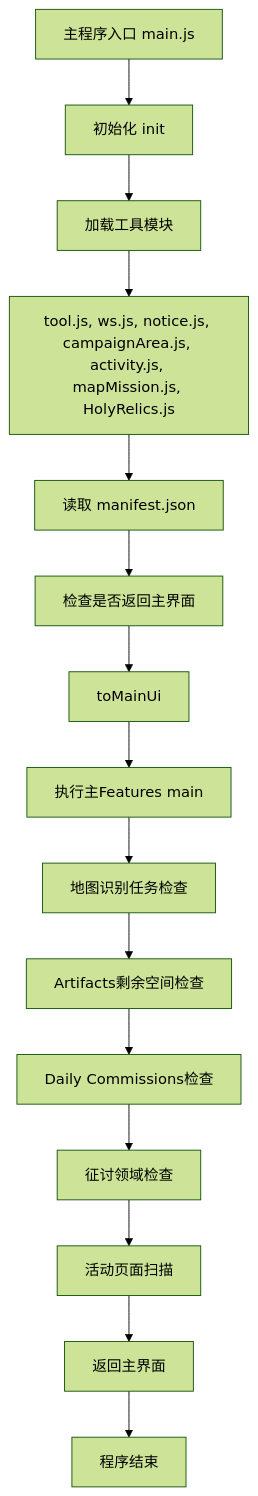
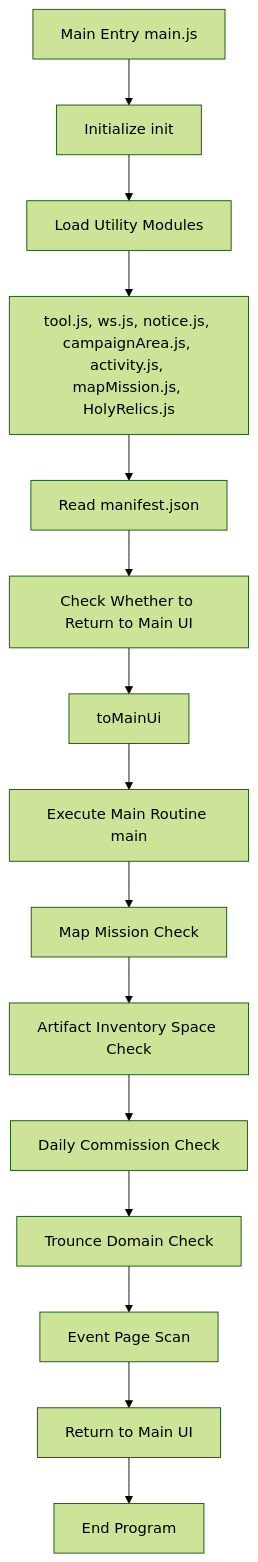
Before and after one commit to krammarkro/bettergi-scripts-list-en: the first of 7 diagrams in repo/js/ActivitySwitchNotice/README.md, drawn with Mermaid (forest theme). The commit also changed other lines of this file and 91 other files, not shown here.

````diff
--- a/repo/js/ActivitySwitchNotice/README.md
+++ b/repo/js/ActivitySwitchNotice/README.md
@@ -51,18 +51,17 @@
 ```mermaid
 graph TD
-    A[主程序入口 main.js] --> B[初始化 init]
-    B --> C[加载工具模块]
+    A[Main Entry main.js] --> B[Initialize init]
+    B --> C[Load Utility Modules]
     C --> D[tool.js, ws.js, notice.js, campaignArea.js, activity.js, mapMission.js, HolyRelics.js]
-    D --> E[读取 manifest.json]
-    E --> F[检查是否返回主界面]
+    D --> E[Read manifest.json]
+    E --> F[Check Whether to Return to Main UI]
     F --> G[toMainUi]
-    G --> H[执行主Features main]
-    H --> I[地图识别任务检查]
-    I --> J[Artifacts剩余空间检查]
-    J --> K[Daily Commissions检查]
-    K --> L[征讨领域检查]
-    L --> M[活动页面扫描]
-    M --> N[返回主界面]
-    N --> O[程序结束]
-
+    G --> H[Execute Main Routine main]
+    H --> I[Map Mission Check]
+    I --> J[Artifact Inventory Space Check]
+    J --> K[Daily Commission Check]
+    K --> L[Trounce Domain Check]
+    L --> M[Event Page Scan]
+    M --> N[Return to Main UI]
+    N --> O[End Program]
 ```
````
